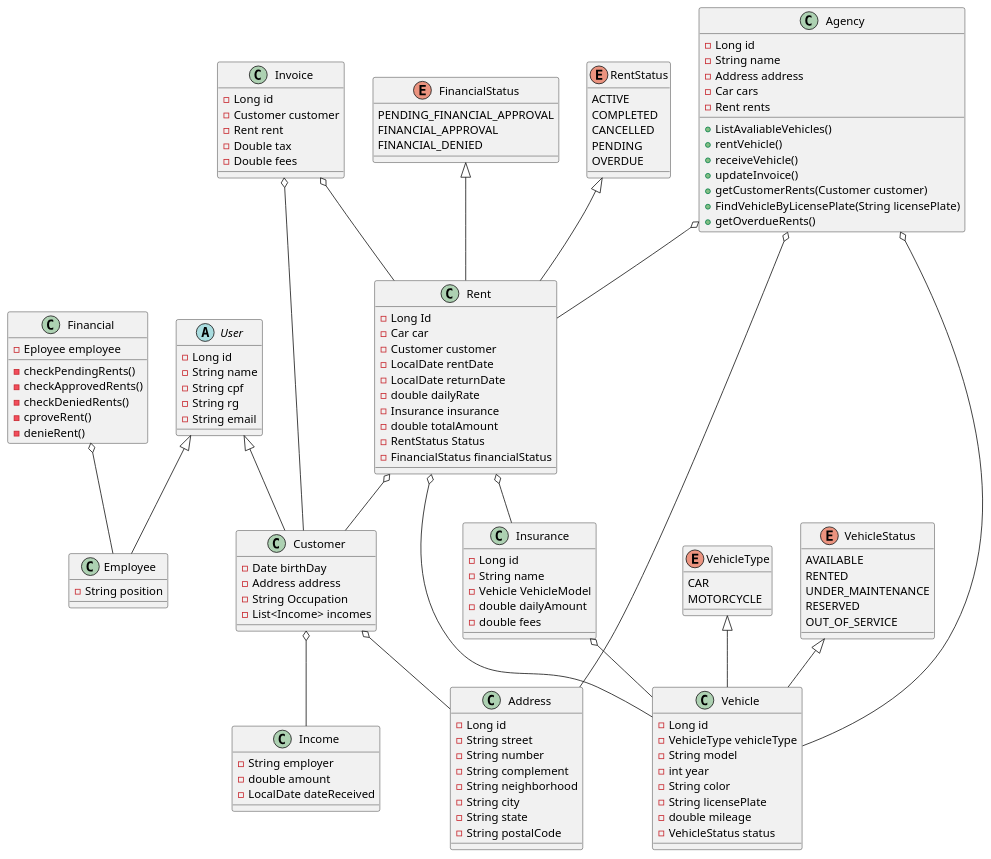
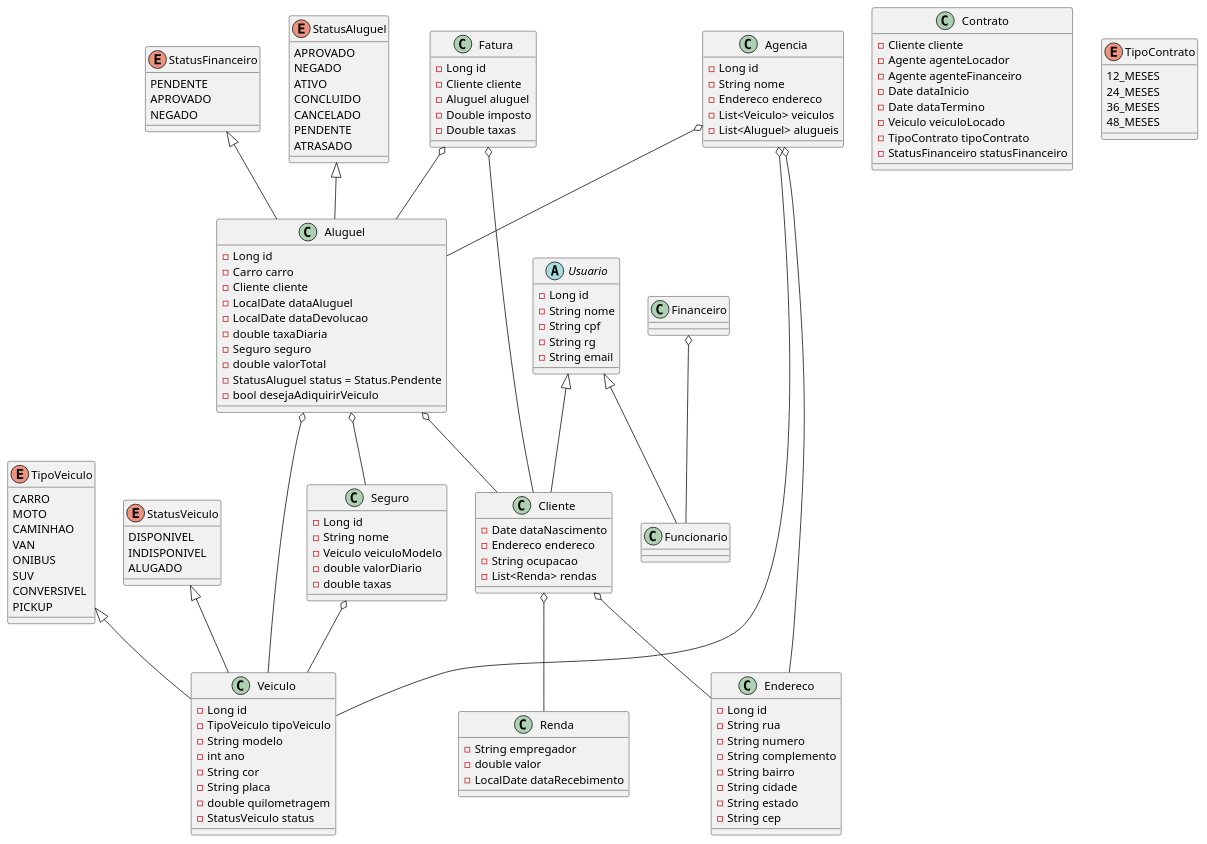
Before and after one commit to software-engineering-graduation/sistema_aluguel_carros-lds2024: the diagram in projeto/diagrama_de_classes.puml, drawn with PlantUML.

```diff
--- a/projeto/diagrama_de_classes.puml
+++ b/projeto/diagrama_de_classes.puml
@@ -1,152 +1,171 @@
 @startuml
-abstract class User{
+abstract class Usuario {
     -Long id
-    -String name
+    -String nome
     -String cpf
     -String rg
     -String email
 }
 
-class Employee{
-    -String position
+class Cliente {
+    -Date dataNascimento
+    -Endereco endereco
+    -String ocupacao
+    -List<Renda> rendas
 }
 
-class Customer{
-    -Date birthDay
-    -Address address
-    -String Occupation
-    -List<Income> incomes
+class Renda {
+    -String empregador
+    -double valor
+    -LocalDate dataRecebimento
 }
 
-class Income{
-    -String employer
-    -double amount
-    -LocalDate dateReceived
+class Endereco {
+    -Long id
+    -String rua
+    -String numero
+    -String complemento
+    -String bairro
+    -String cidade
+    -String estado
+    -String cep
 }
 
-class Address{
+'matrícula, ano, marca, modelo e placa.
+class Veiculo {
     -Long id
-    -String street
-    -String number
-    -String complement
-    -String neighborhood
-    -String city
-    -String state
-    -String postalCode
+    -TipoVeiculo tipoVeiculo
+    -String modelo
+    -int ano
+    -String cor
+    -String placa
+    -double quilometragem
+    -StatusVeiculo status    
 }
 
-class Vehicle{
-    -Long id
-    -VehicleType vehicleType
-    -String model
-    -int year
-    -String color
-    -String licensePlate
-    -double mileage
-    -VehicleStatus status    
+Enum TipoVeiculo {
+    CARRO
+    MOTO
+    CAMINHAO
+    VAN
+    ONIBUS
+    SUV
+    CONVERSIVEL
+    PICKUP
 }
 
-Enum VehicleType{
- CAR
- MOTORCYCLE
+Enum StatusVeiculo {
+    DISPONIVEL
+    INDISPONIVEL
+    ALUGADO
 }
 
-Enum VehicleStatus{
-    AVAILABLE
-    RENTED
-    UNDER_MAINTENANCE
-    RESERVED
-    OUT_OF_SERVICE
+class Aluguel {
+    -Long id
+    -Carro carro
+    -Cliente cliente
+    -LocalDate dataAluguel
+    -LocalDate dataDevolucao
+    -double taxaDiaria
+    -Seguro seguro
+    -double valorTotal
+    -StatusAluguel status = Status.Pendente
+    -bool desejaAdiquirirVeiculo
 }
 
-class Rent{
-    -Long Id
-    -Car car
-    -Customer customer
-    -LocalDate rentDate
-    -LocalDate returnDate
-    -double dailyRate
-    -Insurance insurance
-    -double totalAmount
-    -RentStatus Status
-    -FinancialStatus financialStatus
+Enum StatusFinanceiro {
+    PENDENTE
+    APROVADO
+    NEGADO
 }
 
-Enum FinancialStatus{
-    PENDING_FINANCIAL_APPROVAL
-    FINANCIAL_APPROVAL
-    FINANCIAL_DENIED
+Enum StatusAluguel {
+    APROVADO
+    NEGADO
+    ATIVO
+    CONCLUIDO
+    CANCELADO
+    PENDENTE
+    ATRASADO
 }
 
-Enum RentStatus{
-    ACTIVE
-    COMPLETED
-    CANCELLED
-    PENDING
-    OVERDUE
+class Agencia {
+    -Long id
+    -String nome
+    -Endereco endereco
+    -List<Veiculo> veiculos
+    -List<Aluguel> alugueis
+
+'    +listarVeiculosDisponiveis()
+'    +alugarVeiculo()
+'    +receberVeiculo()
+'    +atualizarFatura()
+'    +obterAlugueisCliente(Cliente cliente)
+'    +buscarVeiculoPorPlaca(String placa)
+'    +obterAlugueisAtrasados()
 }
 
-class Agency{
+class Fatura {
     -Long id
-    -String name
-    -Address address
-    -Car cars
-    -Rent rents
-
-    +ListAvaliableVehicles()
-    +rentVehicle()
-    +receiveVehicle()
-    +updateInvoice()
-    +getCustomerRents(Customer customer)
-    +FindVehicleByLicensePlate(String licensePlate)
-    +getOverdueRents()
+    -Cliente cliente
+    -Aluguel aluguel
+    -Double imposto
+    -Double taxas
 }
 
-class Invoice{
-    -Long id
-    -Customer customer
-    -Rent rent
-    -Double tax
-    -Double fees
+class Financeiro {
+'    -verificarAlugueisPendentes()
+'    -verificarAlugueisAprovados()
+'    -verificarAlugueisNegados()
+'    -aprovarAluguel()
+'    -negarAluguel()
 }
 
-class Financial{
-    -Eployee employee
-
-    -checkPendingRents()
-    -checkApprovedRents()
-    -checkDeniedRents()
-    -cproveRent()
-    -denieRent()
+class Contrato{
+    -Cliente cliente
+    -Agente agenteLocador
+    -Agente agenteFinanceiro
+    -Date dataInicio
+    -Date dataTermino
+    -Veiculo veiculoLocado
+    -TipoContrato tipoContrato
+    -StatusFinanceiro statusFinanceiro
 }
 
-class Insurance {
-    -Long id
-    -String name
-    -Vehicle VehicleModel
-    -double dailyAmount
-    -double fees
+Enum TipoContrato{
+    12_MESES
+    24_MESES
+    36_MESES
+    48_MESES
 }
 
-Customer o-- Address
-Customer o-- Income
-Rent o-- Vehicle
-Rent o-- Customer
-Rent o-- Insurance
-Agency o-- Address
-Agency o-- Vehicle
-Agency o-- Rent
-Invoice o-- Customer
-Invoice o-- Rent
-Financial o-- Employee
-Insurance o-- Vehicle
 
-User <|-- Employee
-User <|-- Customer
+class Seguro {
+    -Long id
+    -String nome
+    -Veiculo veiculoModelo
+    -double valorDiario
+    -double taxas
+}
 
-VehicleType <|-- Vehicle
-VehicleStatus <|-- Vehicle
-FinancialStatus <|-- Rent
-RentStatus <|-- Rent
+Cliente o-- Endereco
+Cliente o-- Renda
+Aluguel o-- Veiculo
+Aluguel o-- Cliente
+Aluguel o-- Seguro
+Agencia o-- Endereco
+Agencia o-- Veiculo
+Agencia o-- Aluguel
+Fatura o-- Cliente
+Fatura o-- Aluguel
+Financeiro o-- Funcionario
+Seguro o-- Veiculo
 
+Usuario <|-- Funcionario
+Usuario <|-- Cliente
+
+TipoVeiculo <|-- Veiculo
+StatusVeiculo <|-- Veiculo
+StatusFinanceiro <|-- Aluguel
+StatusAluguel <|-- Aluguel
 @enduml
```
